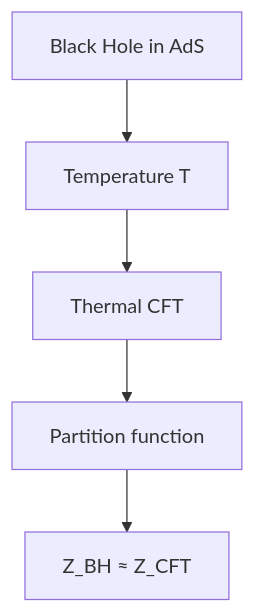
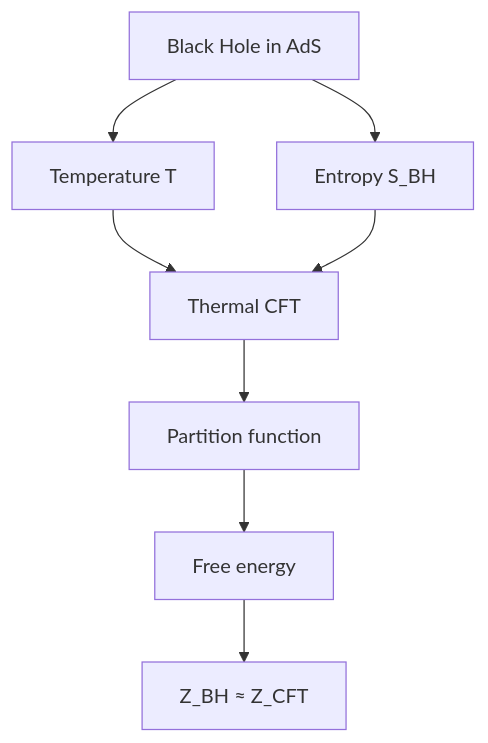
Before and after one commit to yip-lgtm/PhysicsSelfStudy: the fourth of 5 diagrams in 03_MSc_Physics/electives/MSPY_6410_AdS_CFT_Correspondence/README.md, drawn with Mermaid. The commit also changed other lines of this file and 17 other files, not shown here.

````diff
--- a/03_MSc_Physics/electives/MSPY_6410_AdS_CFT_Correspondence/README.md
+++ b/03_MSc_Physics/electives/MSPY_6410_AdS_CFT_Correspondence/README.md
@@ -271,7 +447,10 @@
 ```mermaid
 graph TD
     A[Black Hole in AdS] --> B[Temperature T]
-    B --> C[Thermal CFT]
-    C --> D[Partition function]
-    D --> E[Z_BH ≈ Z_CFT]
+    A --> C[Entropy S_BH]
+    B --> D[Thermal CFT]
+    C --> D
+    D --> E[Partition function]
+    E --> F[Free energy]
+    F --> G[Z_BH ≈ Z_CFT]
 ```
````
